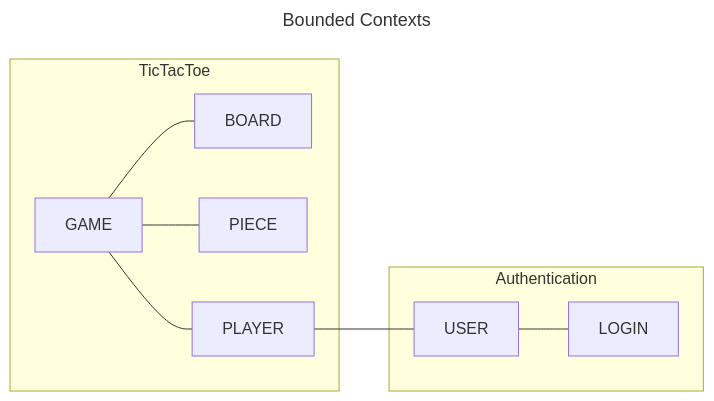
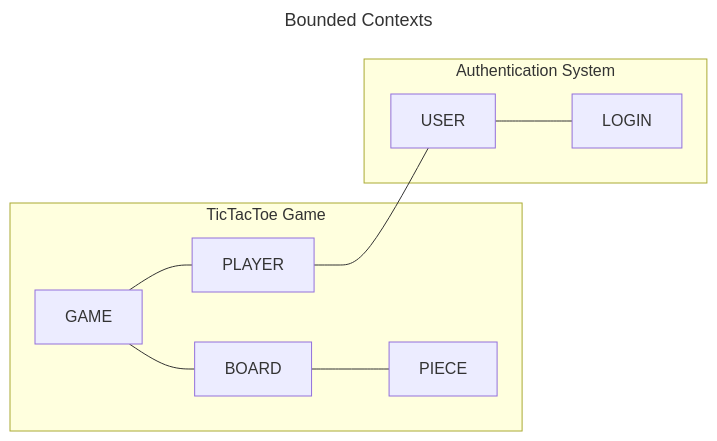
Before and after one commit to diegopm2000-projects/tictactoe-ddd: the diagram in README.md, drawn with Mermaid. The commit also changed other lines of this file and 2 other files, not shown here.

Commit message:
feat: adding detailed diagrams

````diff
--- a/README.md
+++ b/README.md
@@ -17,17 +25,17 @@
 ```mermaid
 ---
 title: Bounded Contexts
 ---
 
 flowchart LR
-  subgraph ide1 [TicTacToe]
+  subgraph ide1 [TicTacToe Game]
   GAME --- BOARD
-  GAME --- PIECE
   GAME --- PLAYER
+  BOARD --- PIECE
   end
   PLAYER --- USER
-  subgraph ide2 [Authentication]
+  subgraph ide2 [Authentication System]
   USER --- LOGIN
   end
 
 ```
````
